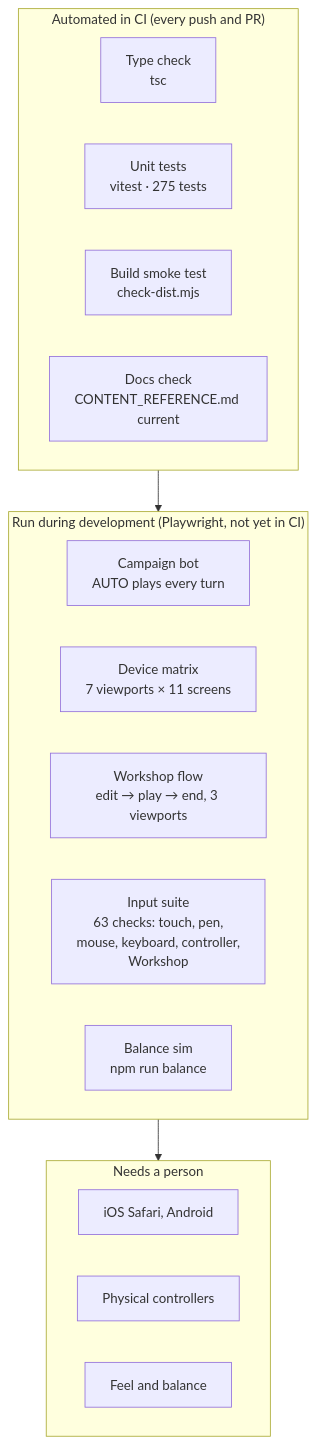
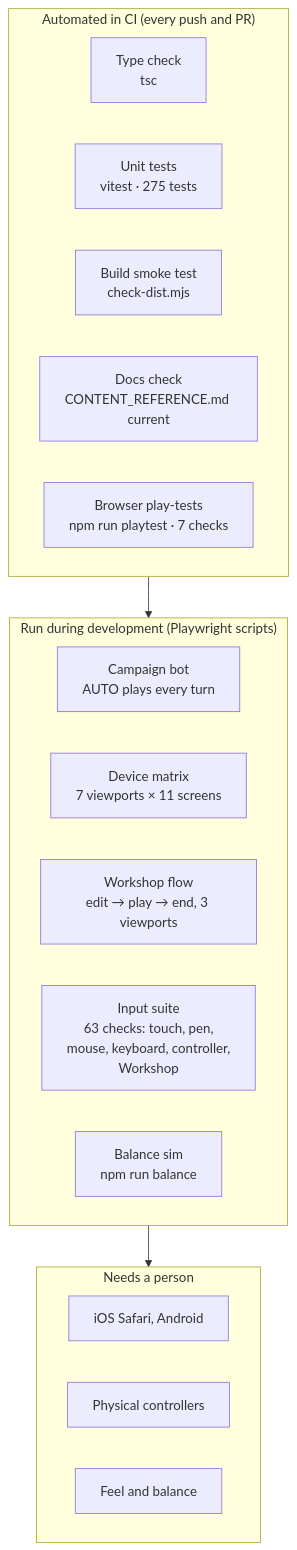
Before and after one commit to CptNope/Chess-RPG-Tactics: the diagram in docs/TESTING.md, drawn with Mermaid. The commit also changed other lines of this file and 6 other files, not shown here.

First line of the commit message:
CI: browser play-tests on every push and PR

````diff
--- a/docs/TESTING.md
+++ b/docs/TESTING.md
@@ -9,22 +9,23 @@
 ```mermaid
 flowchart TB
     subgraph Auto["Automated in CI (every push and PR)"]
         T1["Type check<br/>tsc"]
         T2["Unit tests<br/>vitest · 275 tests"]
         T3["Build smoke test<br/>check-dist.mjs"]
         T4["Docs check<br/>CONTENT_REFERENCE.md current"]
+        T5["Browser play-tests<br/>npm run playtest · 7 checks"]
     end
-    subgraph Dev["Run during development (Playwright, not yet in CI)"]
+    subgraph Dev["Run during development (Playwright scripts)"]
         P1["Campaign bot<br/>AUTO plays every turn"]
         P2["Device matrix<br/>7 viewports × 11 screens"]
         P4["Workshop flow<br/>edit → play → end, 3 viewports"]
         P3["Input suite<br/>63 checks: touch, pen,<br/>mouse, keyboard, controller,<br/>Workshop"]
         P5["Balance sim<br/>npm run balance"]
     end
     subgraph Human["Needs a person"]
         H1["iOS Safari, Android"]
         H2["Physical controllers"]
         H3["Feel and balance"]
     end
     Auto --> Dev --> Human
 ```
````
